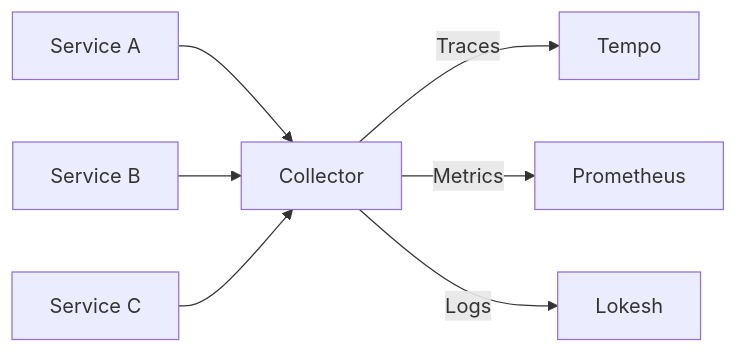
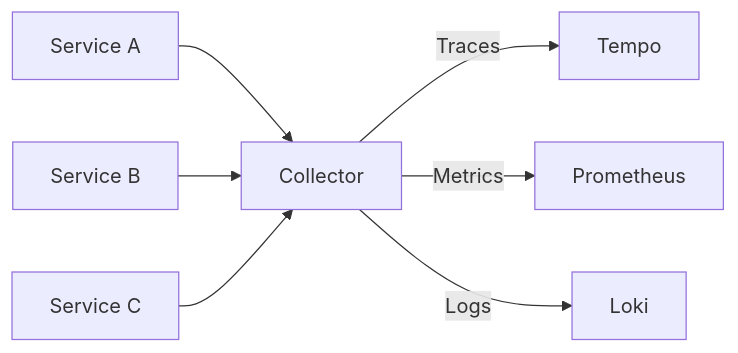
One commit to Lokiloki69/NebulaIQ-Assignments changed the seventh of 10 diagrams in lokesh-observability-deep-dive.md. Above: the diagram before and after it, drawn with Mermaid. The commit also changed other lines of this file, not shown here.

````diff
--- a/lokesh-observability-deep-dive.md
+++ b/lokesh-observability-deep-dive.md
@@ -432,9 +432,9 @@
   ```mermaid
   flowchart LR
 A1[Service A] --> B[Collector]
 A2[Service B] --> B
 A3[Service C] --> B
 B -->|Traces| T[Tempo]
 B -->|Metrics| P[Prometheus]
-B -->|Logs| L[Lokesh]
+B -->|Logs| L[Loki]
 ```
````
